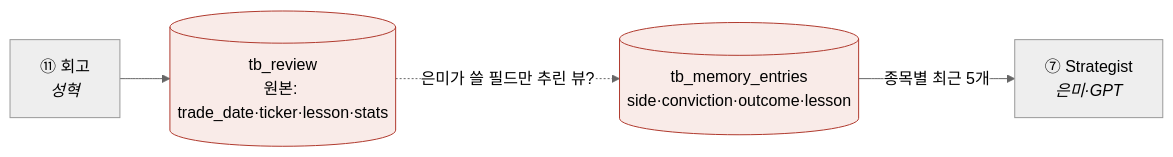
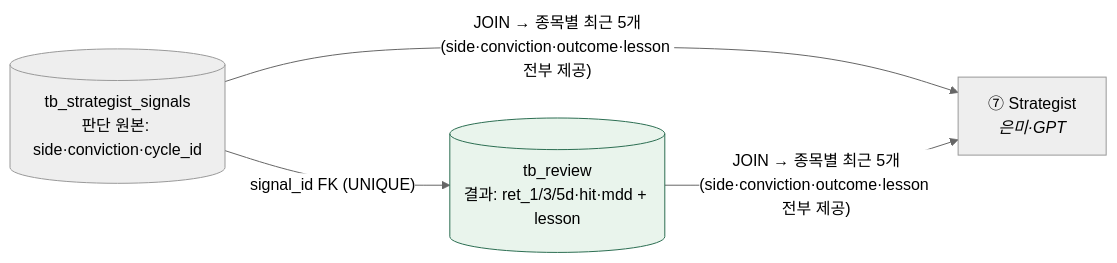
Before and after one commit to jaymunsh/quantinue-wiki: the diagram in documents/질문.md, drawn with Mermaid (neutral theme). The commit also changed other lines of this file and 2 other files, not shown here.

First line of the commit message:
증류 4회차: 성혁 tb_review 설계초안 v2 — B8 개정(단일 통일)·B11 신설

````diff
--- a/documents/질문.md
+++ b/documents/질문.md
@@ -57,8 +59,7 @@
 ```mermaid
 flowchart LR
-  RV["⑪ 회고<br/><i>성혁</i>"] --> TR[("tb_review<br/>원본: trade_date·ticker·lesson·stats")]
-  TR -.->|"은미가 쓸 필드만 추린 뷰?"| TM[("tb_memory_entries<br/>side·conviction·outcome·lesson")]
-  TM -->|"종목별 최근 5개"| ST["⑦ Strategist<br/><i>은미·GPT</i>"]
-  classDef q fill:#f9ebe8,stroke:#b03a2e
-  class TR,TM q
+  SS[("tb_strategist_signals<br/>판단 원본: side·conviction·cycle_id")] -->|"signal_id FK (UNIQUE)"| TR[("tb_review<br/>결과: ret_1/3/5d·hit·mdd + lesson")]
+  SS & TR -->|"JOIN → 종목별 최근 5개<br/>(side·conviction·outcome·lesson 전부 제공)"| ST["⑦ Strategist<br/><i>은미·GPT</i>"]
+  classDef ok fill:#e9f4ec,stroke:#2C6E52
+  class TR ok
 ```
````
